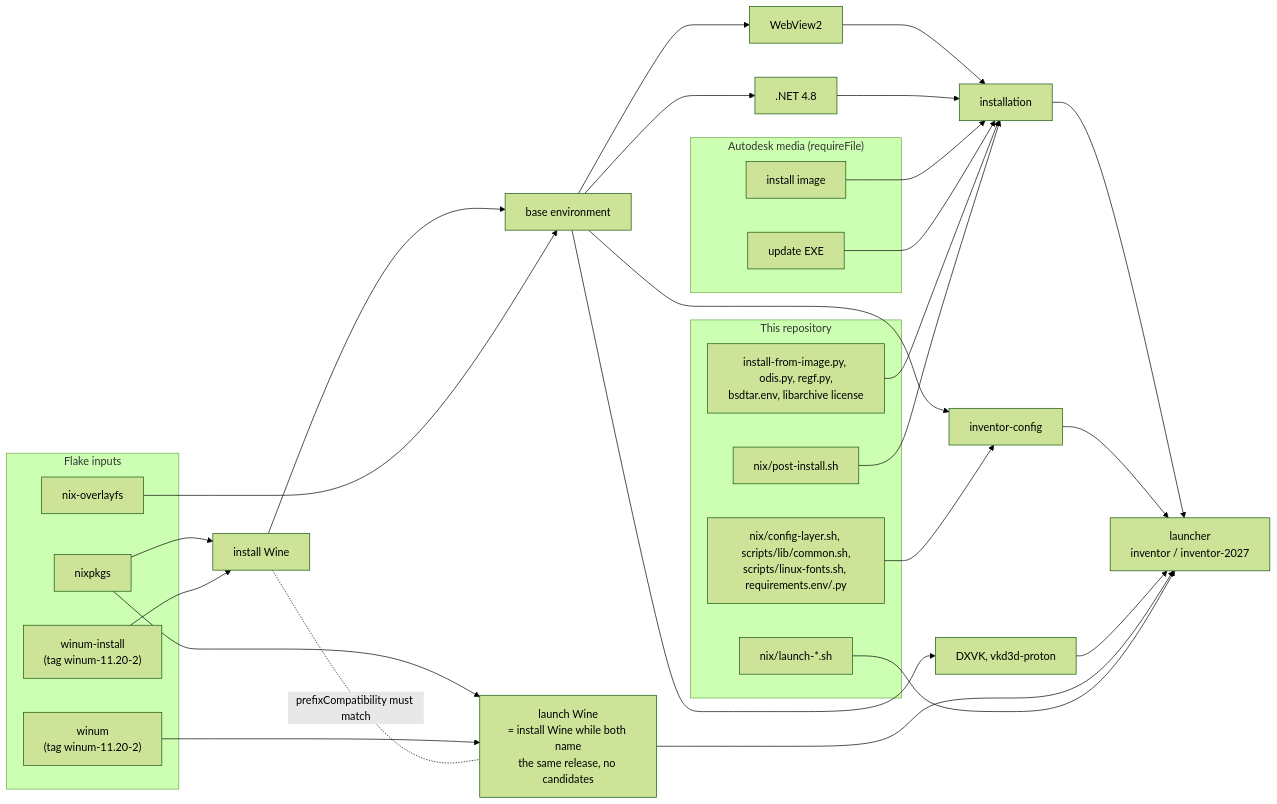
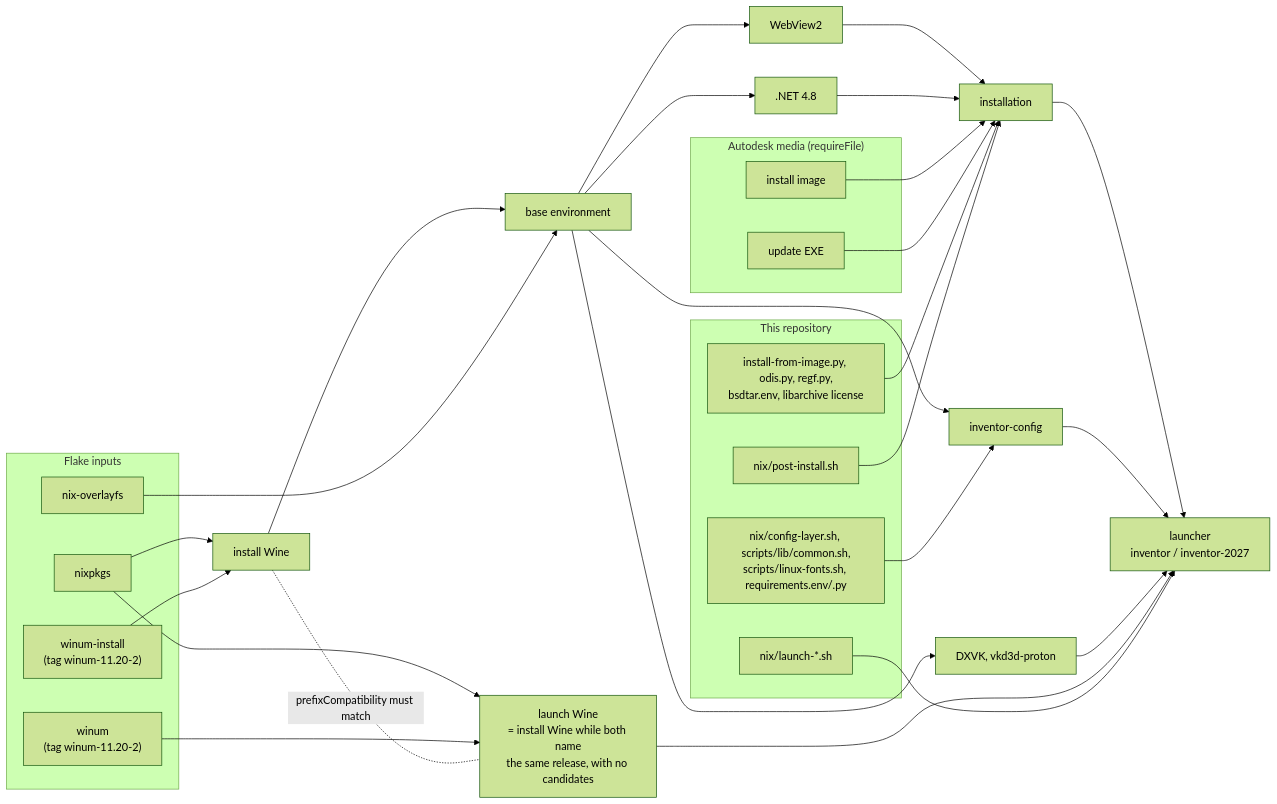
One commit to Harvi654/Autodesk-Inventor-for-Linux changed the second of 2 diagrams in nix/LAYERS.md. Above: the diagram before and after it, drawn with Mermaid (forest theme). The commit also changed other lines of this file and 19 other files, not shown here.

````diff
--- a/nix/LAYERS.md
+++ b/nix/LAYERS.md
@@ -61,55 +63,55 @@
 ```mermaid
 flowchart LR
     subgraph inputs["Flake inputs"]
         np["nixpkgs"]
         no["nix-overlayfs"]
         wi_i["winum-install<br/>(tag winum-11.20-2)"]
         wi["winum<br/>(tag winum-11.20-2)"]
     end
     subgraph repo["This repository"]
         inst["install-from-image.py, odis.py, regf.py,<br/>bsdtar.env, libarchive license"]
         post["nix/post-install.sh"]
         cfgsh["nix/config-layer.sh, scripts/lib/common.sh,<br/>scripts/linux-fonts.sh, requirements.env/.py"]
         launch["nix/launch-*.sh"]
     end
     subgraph autodesk["Autodesk media (requireFile)"]
         media["install image"]
         upd["update EXE"]
     end
 
     wine["install Wine"]
-    launchWine["launch Wine<br/>= install Wine while both name<br/>the same release, no candidates"]
+    launchWine["launch Wine<br/>= install Wine while both name<br/>the same release, with no candidates"]
     envL["base environment"]
     wv2["WebView2"]
     net[".NET 4.8"]
     instL["installation"]
     cfgL["inventor-config"]
     gfx["DXVK, vkd3d-proton"]
     launcher["launcher<br/>inventor / inventor-2027"]
 
     np --> wine
     wi_i --> wine
     wine --> envL
     no --> envL
     envL --> wv2
     envL --> net
     wv2 --> instL
     net --> instL
     media --> instL
     upd --> instL
     inst --> instL
     post --> instL
     envL --> cfgL
     cfgsh --> cfgL
     envL --> gfx
 
     np --> launchWine
     wi --> launchWine
     instL --> launcher
     cfgL --> launcher
     gfx --> launcher
     launchWine --> launcher
     launch --> launcher
 
     wine -. "prefixCompatibility must match" .- launchWine
 ```
````
